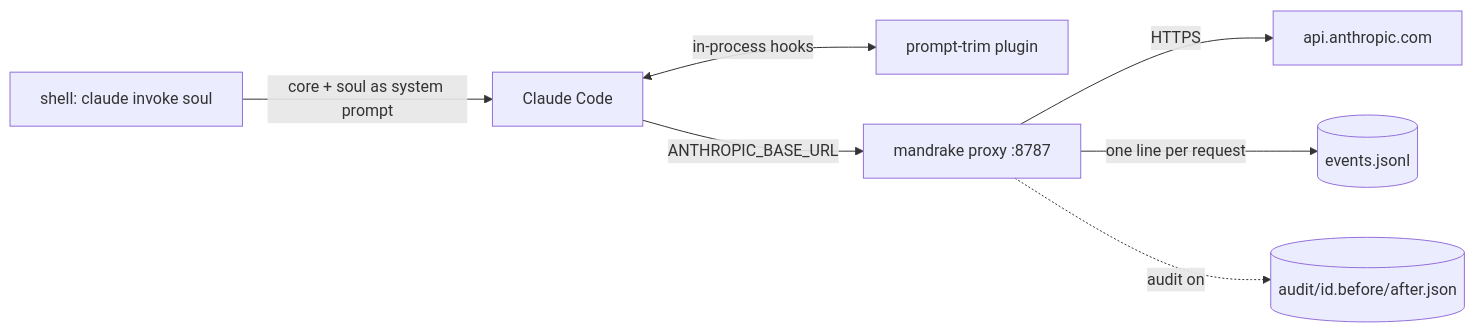
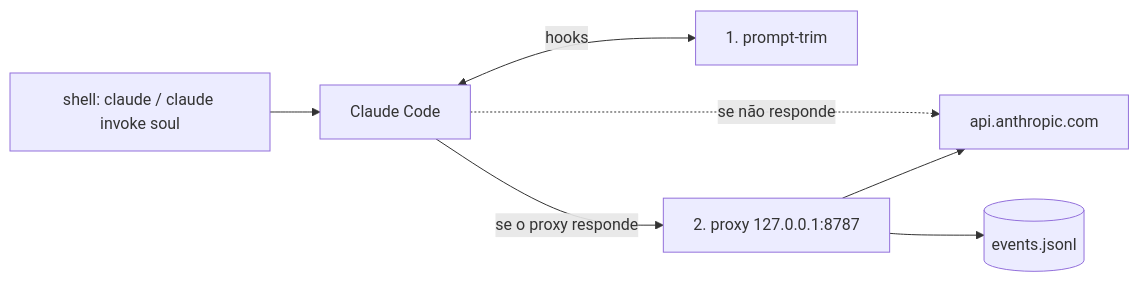
Before and after one commit to brennercruvinel/mandrake: the diagram in docs/how-it-works.md, drawn with Mermaid. The commit also changed other lines of this file and 10 other files, not shown here.

First line of the commit message:
fix: bench is a real A/B through claude -p; CLI in Portuguese that explains itself; audit

````diff
--- a/docs/how-it-works.md
+++ b/docs/how-it-works.md
@@ -5,9 +8,9 @@
 ```mermaid
 flowchart LR
-  Z["shell: claude invoke soul"] -->|core + soul as system prompt| C[Claude Code]
-  C <-->|in-process hooks| T[prompt-trim plugin]
-  C -->|ANTHROPIC_BASE_URL| P["mandrake proxy :8787"]
-  P -->|HTTPS| A[api.anthropic.com]
-  P -->|one line per request| E[(events.jsonl)]
-  P -.->|audit on| B[(audit/id.before/after.json)]
+  S["shell: claude / claude invoke soul"] --> C[Claude Code]
+  C <-->|hooks| T["1. prompt-trim"]
+  C -->|se o proxy responde| P["2. proxy 127.0.0.1:8787"]
+  C -.->|se não responde| A
+  P --> A[api.anthropic.com]
+  P --> E[(events.jsonl)]
 ```
````
